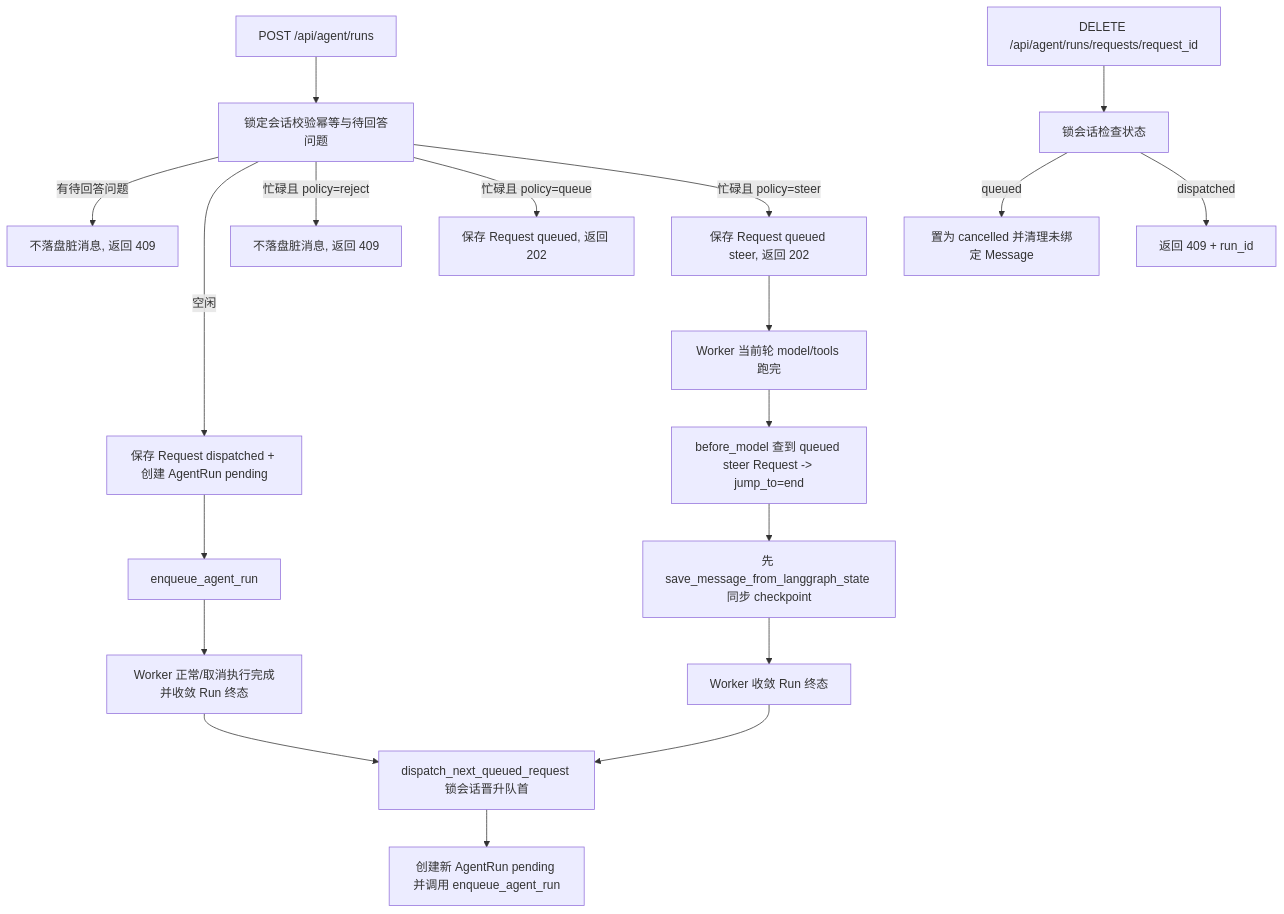
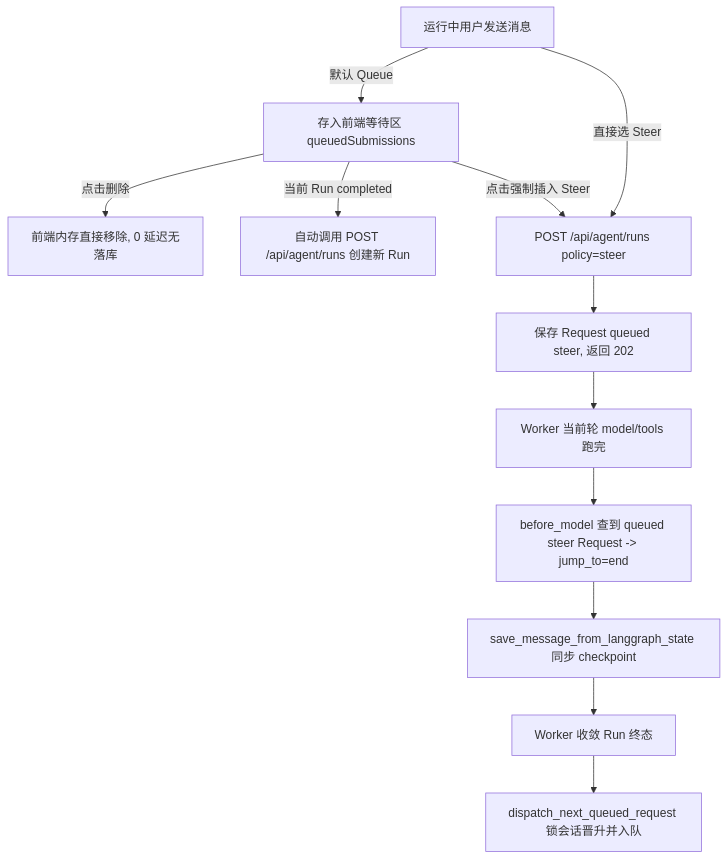
Before and after one commit to Agent-Multiverse-Lab/agent-stack: the second of 2 diagrams in docs/spec/run/request-dispatch/spec.md, drawn with Mermaid. The commit also changed other lines of this file and 10 other files, not shown here.

````diff
--- a/docs/spec/run/request-dispatch/spec.md
+++ b/docs/spec/run/request-dispatch/spec.md
@@ -232,23 +210,14 @@
 ```mermaid
 flowchart TD
-    A[POST /api/agent/runs] --> B[锁定会话校验幂等与待回答问题]
-    B -->|有待回答问题| C[不落盘脏消息, 返回 409]
-    B -->|空闲| D[保存 Request dispatched + 创建 AgentRun pending]
-    D --> E[enqueue_agent_run]
-    B -->|忙碌且 policy=reject| F[不落盘脏消息, 返回 409]
-    B -->|忙碌且 policy=queue| G[保存 Request queued, 返回 202]
-    B -->|忙碌且 policy=steer| H[保存 Request queued steer, 返回 202]
-
-    H --> I[Worker 当前轮 model/tools 跑完]
-    I --> J[before_model 查到 queued steer Request -> jump_to=end]
-    J --> K[先 save_message_from_langgraph_state 同步 checkpoint]
-    K --> L[Worker 收敛 Run 终态]
-    E --> M[Worker 正常/取消执行完成并收敛 Run 终态]
-    L --> N[dispatch_next_queued_request 锁会话晋升队首]
-    M --> N
-    N --> O[创建新 AgentRun pending 并调用 enqueue_agent_run]
-
-    P[DELETE /api/agent/runs/requests/request_id] --> Q[锁会话检查状态]
-    Q -->|queued| R[置为 cancelled 并清理未绑定 Message]
-    Q -->|dispatched| S[返回 409 + run_id]
+    A[运行中用户发送消息] -->|默认 Queue| B[存入前端等待区 queuedSubmissions]
+    B -->|点击删除| C[前端内存直接移除, 0 延迟无落库]
+    B -->|当前 Run completed| D[自动调用 POST /api/agent/runs 创建新 Run]
+    B -->|点击强制插入 Steer| E[POST /api/agent/runs policy=steer]
+    A -->|直接选 Steer| E
+    E --> F[保存 Request queued steer, 返回 202]
+    F --> G[Worker 当前轮 model/tools 跑完]
+    G --> H[before_model 查到 queued steer Request -> jump_to=end]
+    H --> I[save_message_from_langgraph_state 同步 checkpoint]
+    I --> J[Worker 收敛 Run 终态]
+    J --> K[dispatch_next_queued_request 锁会话晋升并入队]
 ```
````
